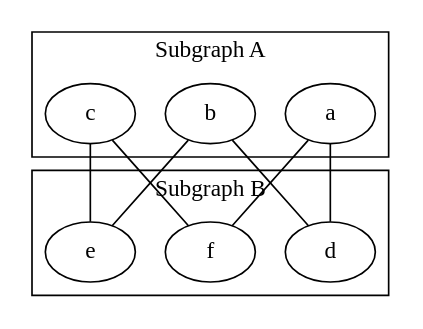
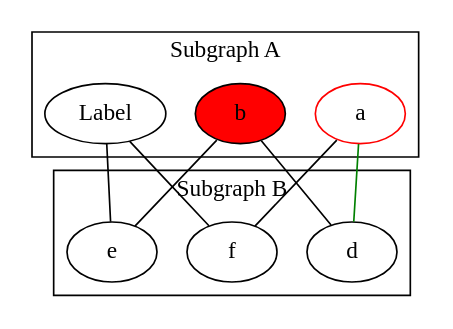
Before and after one commit to demon-monk/mind-and-tools: the ninth of 10 diagrams in src/tools/graphviz/markdown-graph.md, drawn with Graphviz. The commit also changed other lines of this file and 23 other files, not shown here.

````diff
--- a/src/tools/graphviz/markdown-graph.md
+++ b/src/tools/graphviz/markdown-graph.md
@@ -117,19 +117,21 @@
 ```dot {filename="graphviz-subgraph-seperate-node-edge.png"}
 graph {
   splines=line;
   subgraph cluster_0 {
     label="Subgraph A";
-    a;b;c;
+    a[color="red"];
+    b[style="filled", fillcolor="red"];
+    c[label="Label"];
   }
   subgraph cluster_1 {
     label="Subgraph B";
     d;e;f;
   }
-  a--d
+  a--d [color=green ]
   b--d
   b--e
   c--e
   c--f
   f--a
 }
 ```
````
